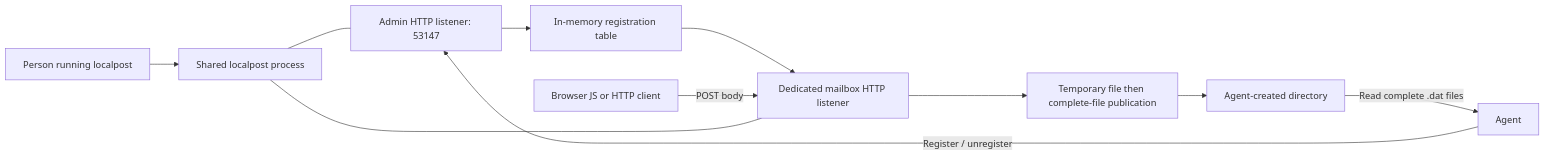
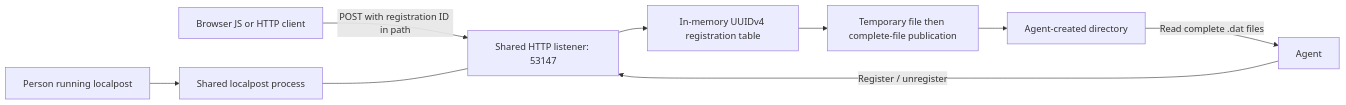
The diagram in docs/architecture.md (SixbucksSolutions/localpost), drawn with Mermaid before and after one commit. The commit also changed other lines of this file and 16 other files, not shown here.

Commit message:
Use one listener with UUIDv4 registration routes

````diff
--- a/docs/architecture.md
+++ b/docs/architecture.md
@@ -23,13 +23,11 @@
 ```mermaid
 flowchart LR
     Operator[Person running localpost] --> Process[Shared localpost process]
-    Agent[Agent] -->|Register / unregister| Admin[Admin HTTP listener: 53147]
-    Admin --> Registry[In-memory registration table]
-    Registry --> Mailbox[Dedicated mailbox HTTP listener]
-    Sender[Browser JS or HTTP client] -->|POST body| Mailbox
-    Mailbox --> Writer[Temporary file then complete-file publication]
+    Agent[Agent] -->|Register / unregister| Listener[Shared HTTP listener: 53147]
+    Sender[Browser JS or HTTP client] -->|POST with registration ID in path| Listener
+    Listener --> Registry[In-memory UUIDv4 registration table]
+    Registry --> Writer[Temporary file then complete-file publication]
     Writer --> Directory[Agent-created directory]
     Directory -->|Read complete .dat files| Agent
-    Process --- Admin
-    Process --- Mailbox
+    Process --- Listener
 ```
````
